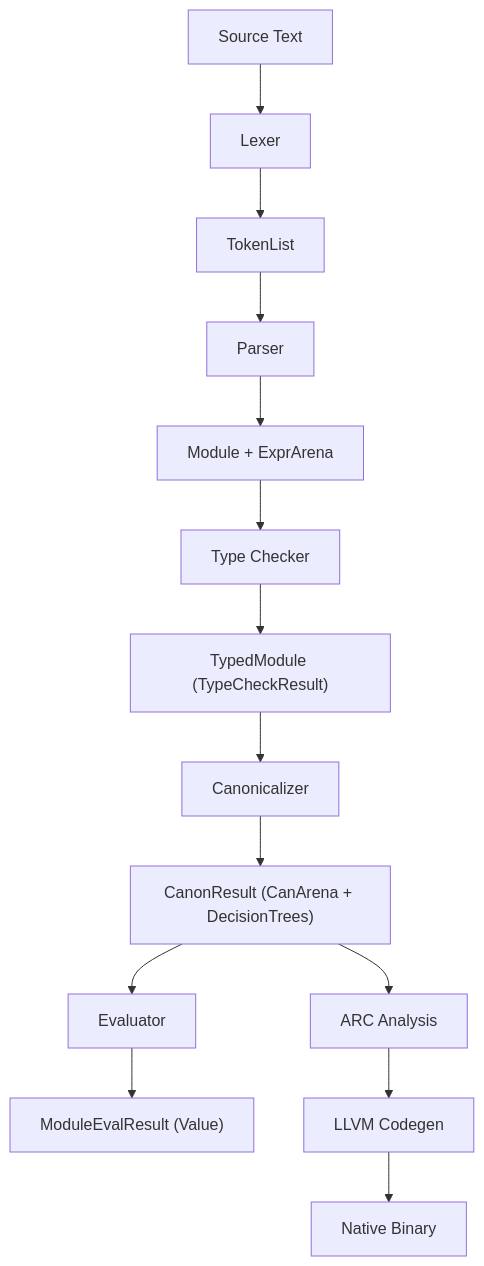
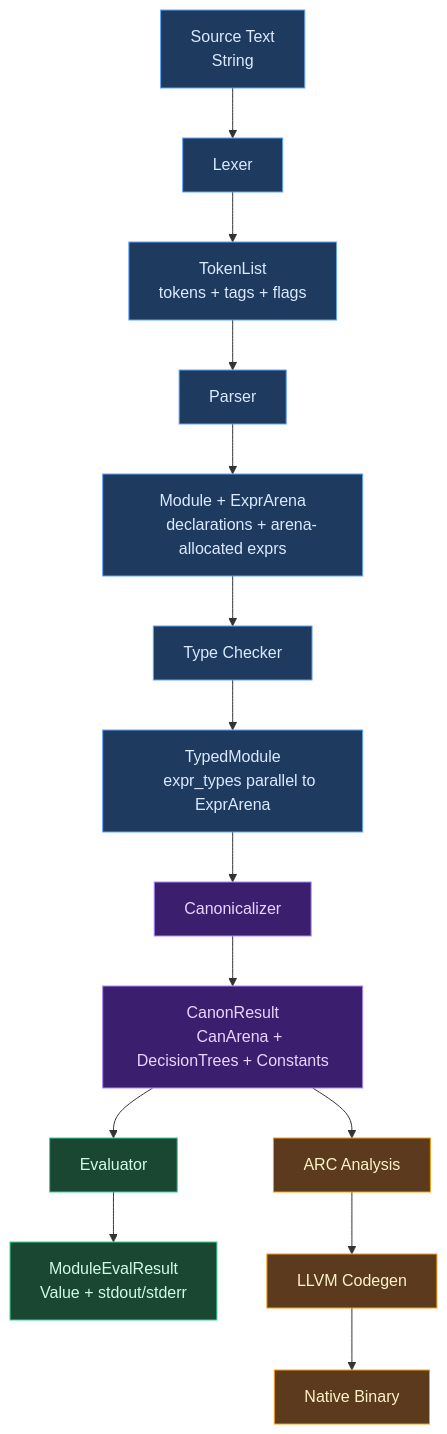
One commit to upstat-io/ori-lang changed the first of 2 diagrams in docs/compiler/design/01-architecture/data-flow.md. Above: the diagram before and after it, drawn with Mermaid. The commit also changed other lines of this file and 152 other files, not shown here.

````diff
--- a/docs/compiler/design/01-architecture/data-flow.md
+++ b/docs/compiler/design/01-architecture/data-flow.md
@@ -14,16 +52,32 @@
 ```mermaid
 flowchart TB
-    A["Source Text"] --> B["Lexer"]
-    B --> C["TokenList"]
+    A["Source Text
+    String"] --> B["Lexer"]
+    B --> C["TokenList
+    tokens + tags + flags"]
     C --> D["Parser"]
-    D --> E["Module + ExprArena"]
+    D --> E["Module + ExprArena
+    declarations + arena-allocated exprs"]
     E --> F["Type Checker"]
-    F --> G["TypedModule (TypeCheckResult)"]
+    F --> G["TypedModule
+    expr_types parallel to ExprArena"]
     G --> H["Canonicalizer"]
-    H --> I["CanonResult (CanArena + DecisionTrees)"]
+    H --> I["CanonResult
+    CanArena + DecisionTrees + Constants"]
     I --> J["Evaluator"]
-    J --> K["ModuleEvalResult (Value)"]
+    J --> K["ModuleEvalResult
+    Value + stdout/stderr"]
     I --> L["ARC Analysis"]
     L --> M["LLVM Codegen"]
     M --> N["Native Binary"]
+
+    classDef frontend fill:#1e3a5f,stroke:#60a5fa,color:#dbeafe
+    classDef canon fill:#3b1f6e,stroke:#a78bfa,color:#e9d5ff
+    classDef interpreter fill:#1a4731,stroke:#34d399,color:#d1fae5
+    classDef native fill:#5c3a1e,stroke:#f59e0b,color:#fef3c7
+
+    class A,B,C,D,E,F,G frontend
+    class H,I canon
+    class J,K interpreter
+    class L,M,N native
 ```
````
